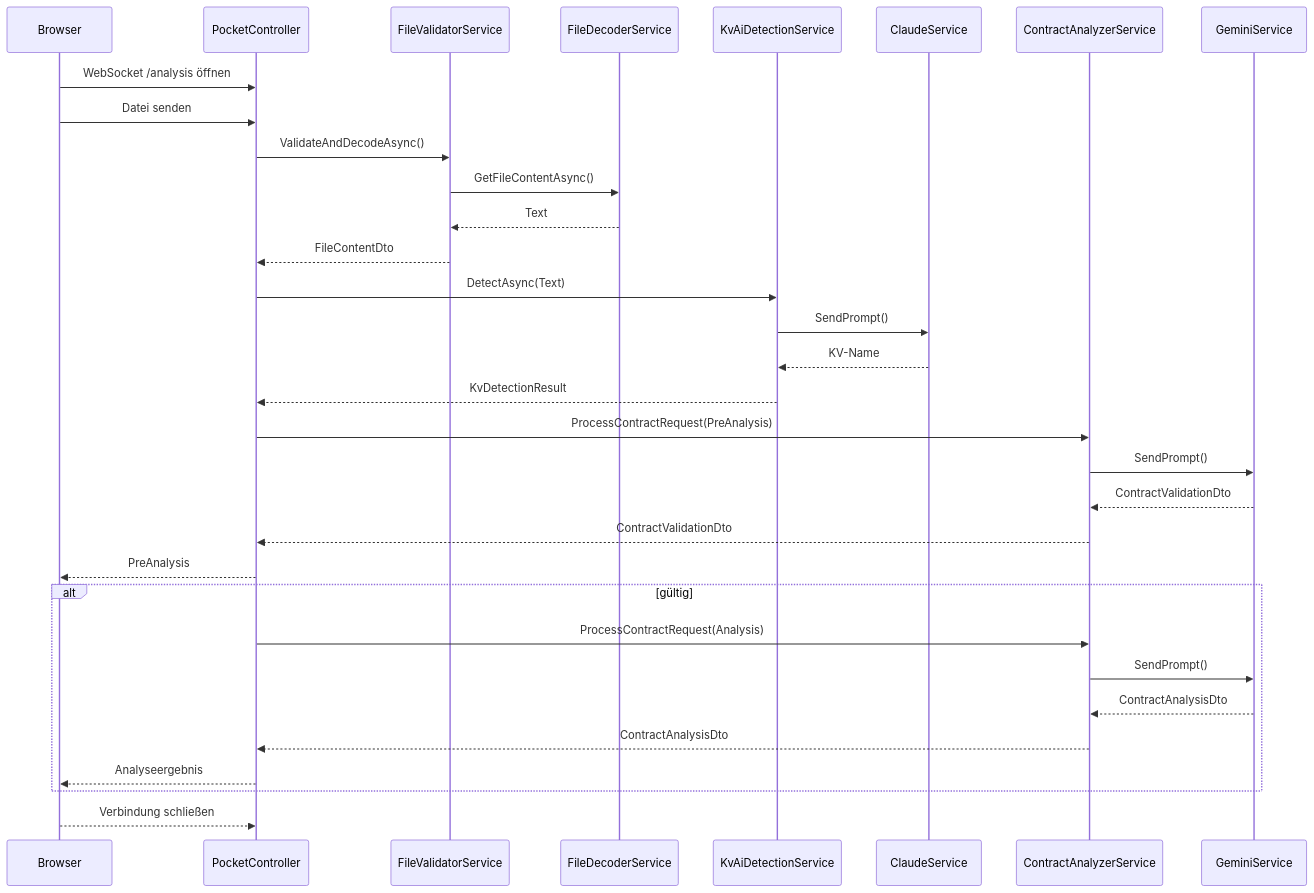
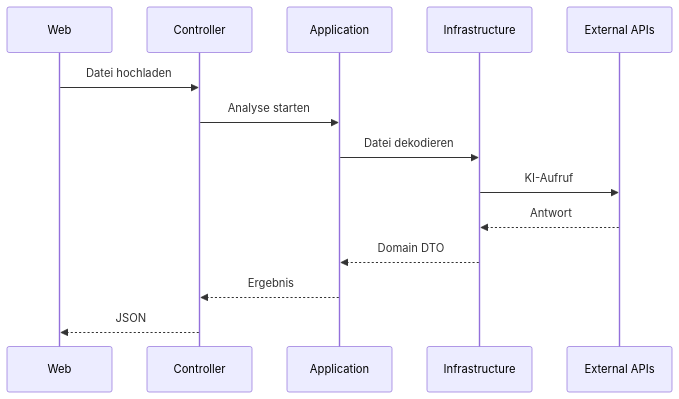
One commit to sebastian-305/PocketLawyer changed the third of 6 diagrams in docs/Diagrams/diagrams.md. Above: the diagram before and after it, drawn with Mermaid. The commit also changed other lines of this file and 1 other file, not shown here.

Commit message:
Document onion architecture

````diff
--- a/docs/Diagrams/diagrams.md
+++ b/docs/Diagrams/diagrams.md
@@ -116,35 +121,17 @@
 ```mermaid
 sequenceDiagram
-    participant FE as Browser
-    participant PC as PocketController
-    participant FV as FileValidatorService
-    participant FDS as FileDecoderService
-    participant KD as KvAiDetectionService
-    participant CLA as ClaudeService
-    participant CA as ContractAnalyzerService
-    participant GEM as GeminiService
+    participant FE as Web
+    participant PC as Controller
+    participant APP as Application
+    participant INF as Infrastructure
+    participant EX as External APIs
 
-    FE->>PC: WebSocket /analysis öffnen
-    FE->>PC: Datei senden
-    PC->>FV: ValidateAndDecodeAsync()
-    FV->>FDS: GetFileContentAsync()
-    FDS-->>FV: Text
-    FV-->>PC: FileContentDto
-    PC->>KD: DetectAsync(Text)
-    KD->>CLA: SendPrompt()
-    CLA-->>KD: KV-Name
-    KD-->>PC: KvDetectionResult
-    PC->>CA: ProcessContractRequest(PreAnalysis)
-    CA->>GEM: SendPrompt()
-    GEM-->>CA: ContractValidationDto
-    CA-->>PC: ContractValidationDto
-    PC-->>FE: PreAnalysis
-    alt gültig
-        PC->>CA: ProcessContractRequest(Analysis)
-        CA->>GEM: SendPrompt()
-        GEM-->>CA: ContractAnalysisDto
-        CA-->>PC: ContractAnalysisDto
-        PC-->>FE: Analyseergebnis
-    end
-    FE-->>PC: Verbindung schließen
+    FE->>PC: Datei hochladen
+    PC->>APP: Analyse starten
+    APP->>INF: Datei dekodieren
+    INF->>EX: KI-Aufruf
+    EX-->>INF: Antwort
+    INF-->>APP: Domain DTO
+    APP-->>PC: Ergebnis
+    PC-->>FE: JSON
 ```
````
